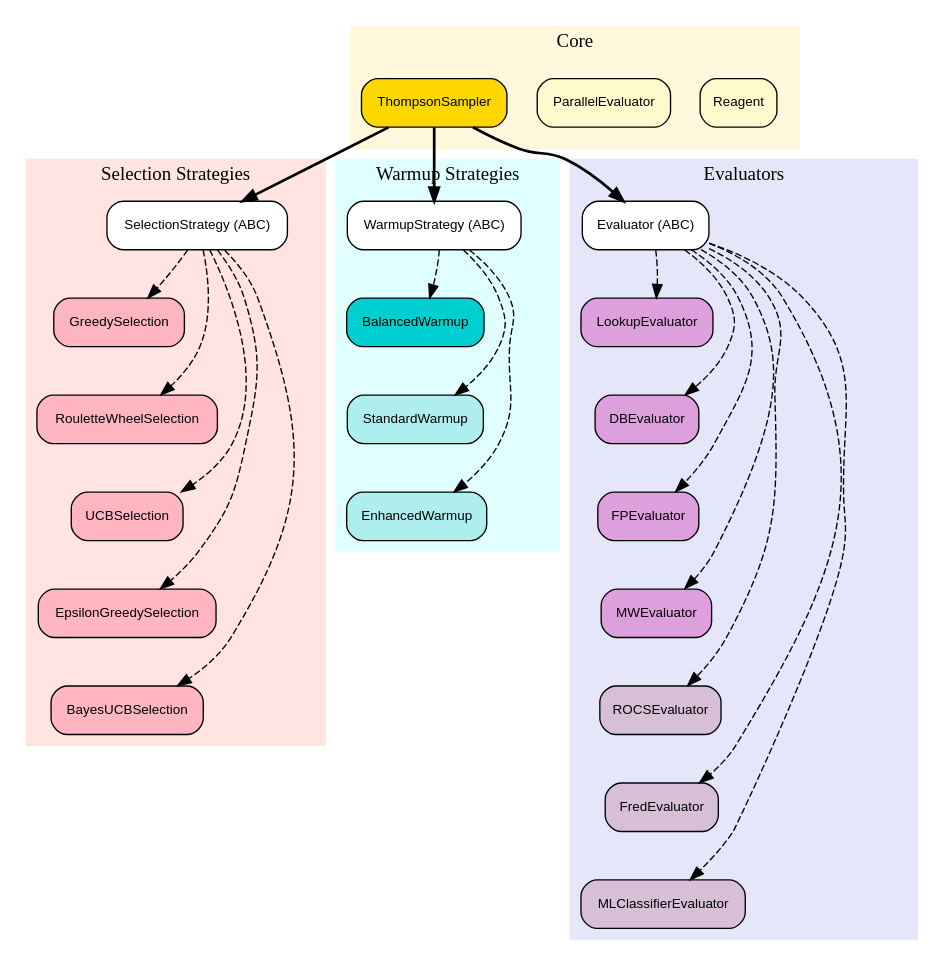
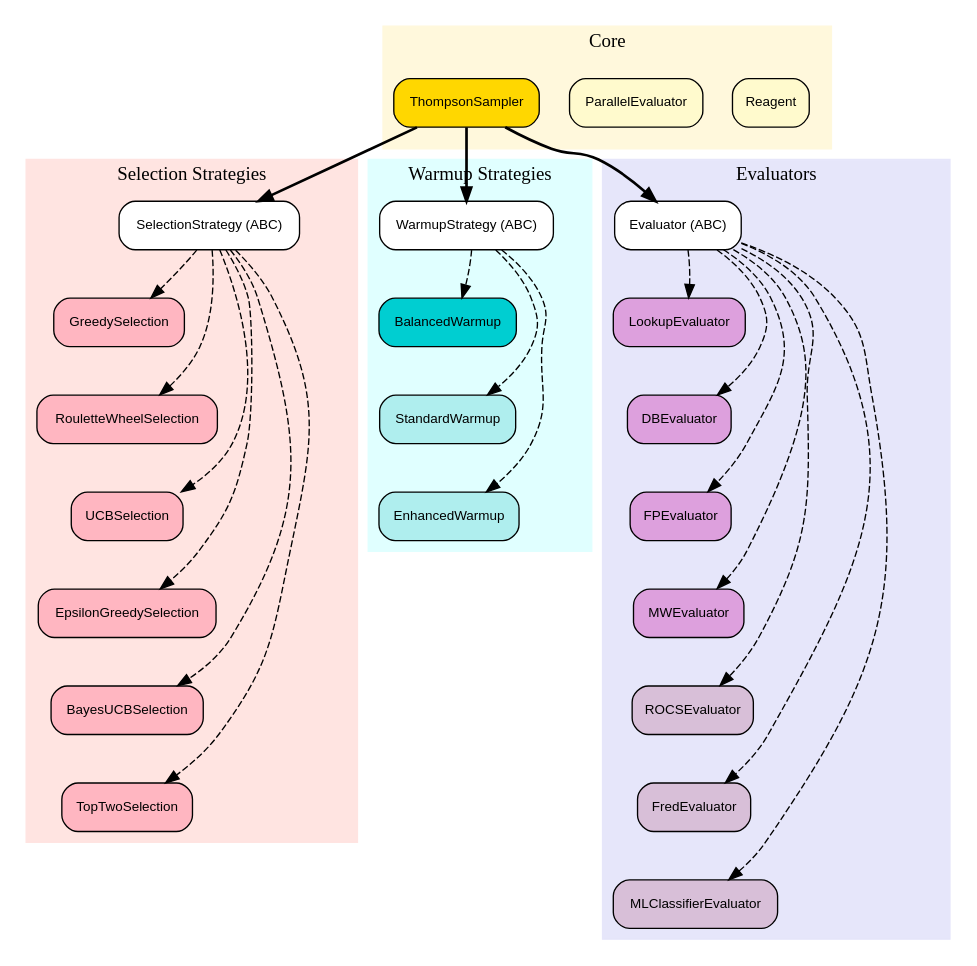
The first of 4 diagrams in docs/source/thompson_sampling.rst (aakankschit/TACTICS), drawn with Graphviz before and after one commit. The commit also changed other lines of this file, not shown here.

First line of the commit message:
Add TopTwoSelection to Sphinx documentation and strategy guides

```diff
--- a/docs/source/thompson_sampling.rst
+++ b/docs/source/thompson_sampling.rst
@@ -53,13 +53,15 @@
             UCB [label="UCBSelection", fillcolor="#FFB6C1"];
             EpsilonGreedy [label="EpsilonGreedySelection", fillcolor="#FFB6C1"];
             BayesUCB [label="BayesUCBSelection", fillcolor="#FFB6C1"];
-            
+            TopTwo [label="TopTwoSelection", fillcolor="#FFB6C1"];
+
             // Force vertical
             BaseStrategy -> Greedy [style=invis];
             Greedy -> RouletteWheel [style=invis];
             RouletteWheel -> UCB [style=invis];
             UCB -> EpsilonGreedy [style=invis];
             EpsilonGreedy -> BayesUCB [style=invis];
+            BayesUCB -> TopTwo [style=invis];
         }
 
         // Warmup - vertical list
@@ -110,6 +112,7 @@
         BaseStrategy -> UCB [style=dashed, constraint=false];
         BaseStrategy -> EpsilonGreedy [style=dashed, constraint=false];
         BaseStrategy -> BayesUCB [style=dashed, constraint=false];
+        BaseStrategy -> TopTwo [style=dashed, constraint=false];
 
         BaseWarmup -> Balanced [style=dashed, constraint=false];
         BaseWarmup -> Standard [style=dashed, constraint=false];
```
